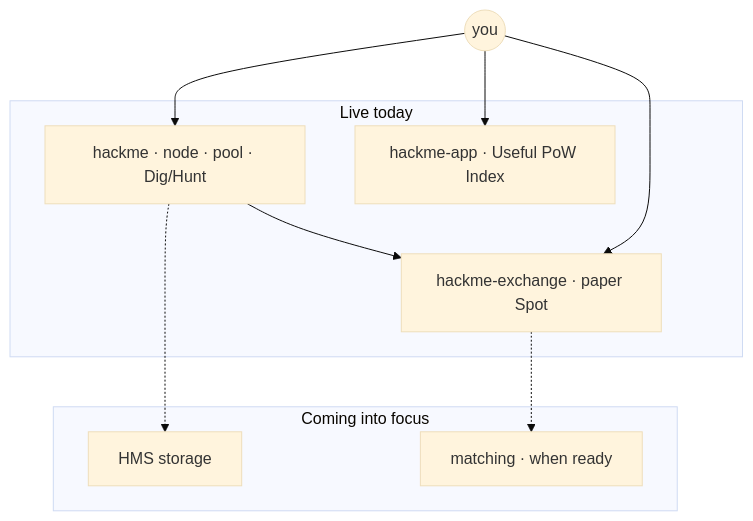
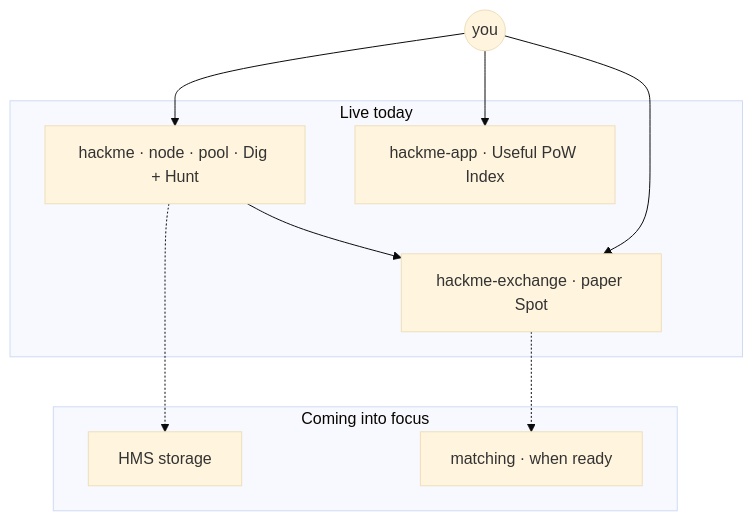
The diagram in README.md (jokeez/jokeez), drawn with Mermaid (base theme) before and after one commit. The commit also changed other lines of this file, not shown here.

Commit message:
Refresh profile README for rc17.3 Dig/Hunt soft-launch.

````diff
--- a/README.md
+++ b/README.md
@@ -51,18 +51,18 @@
 ```mermaid
 flowchart TB
   subgraph live [Live today]
-    Core["hackme · node · pool · Dig/Hunt"]
+    Core["hackme · node · pool · Dig + Hunt"]
     Spot["hackme-exchange · paper Spot"]
     Index["hackme-app · Useful PoW Index"]
   end
   subgraph next [Coming into focus]
     HMS["HMS storage"]
     Match["matching · when ready"]
   end
   User((you)) --> Core
   User --> Spot
   User --> Index
   Core --> Spot
   Core -.-> HMS
   Spot -.-> Match
 ```
````
